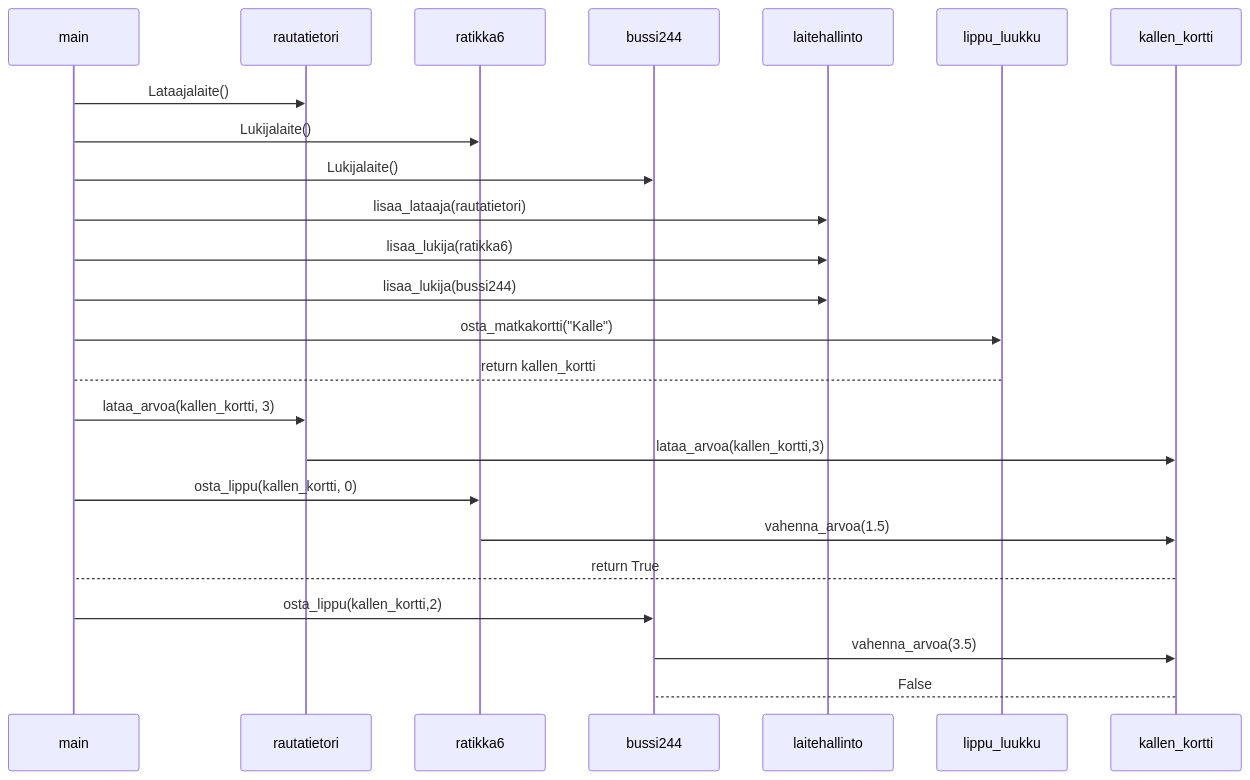
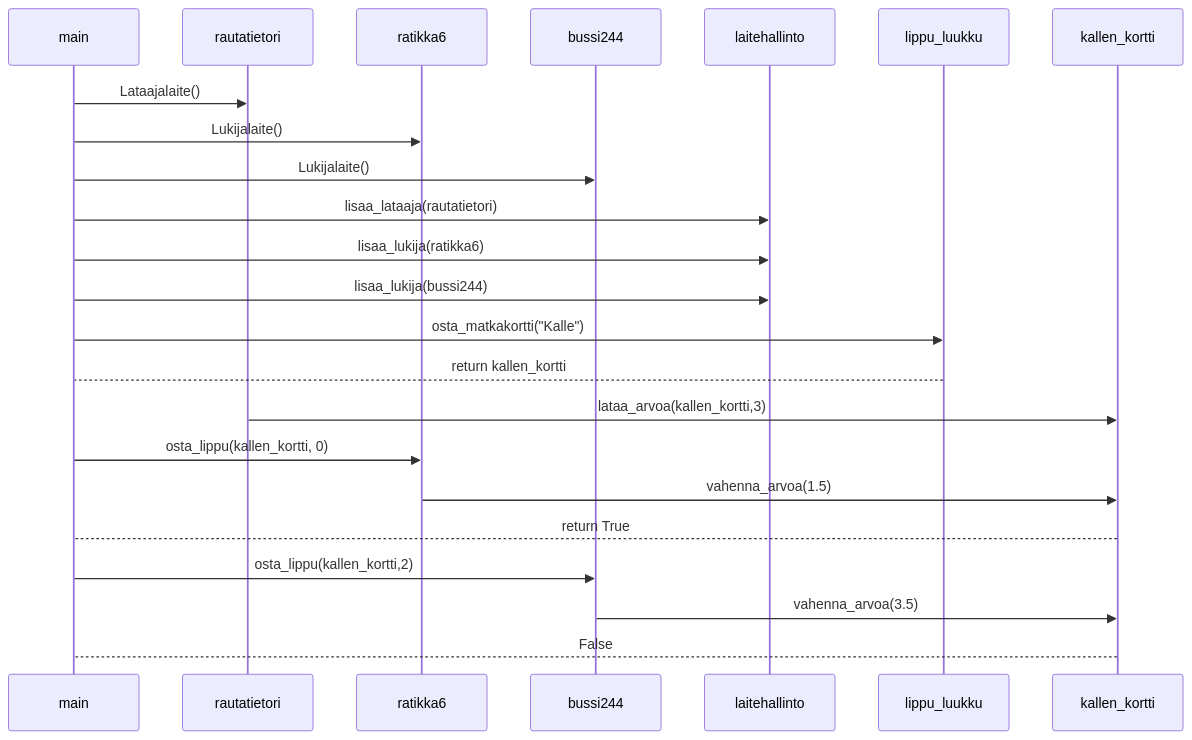
Before and after one commit to ah-pasila/ot-running-calendar: the diagram in laskarit/viikko3/hsl.md, drawn with Mermaid.

Commit message:
Luonnos5 sekvenssikaaviosta

````diff
--- a/laskarit/viikko3/hsl.md
+++ b/laskarit/viikko3/hsl.md
@@ -3,19 +3,18 @@
 ```mermaid
 sequenceDiagram
     main->>rautatietori: Lataajalaite()
     main->>ratikka6: Lukijalaite()
     main->>bussi244: Lukijalaite()
     main->>laitehallinto: lisaa_lataaja(rautatietori)
     main->>laitehallinto: lisaa_lukija(ratikka6)
     main->>laitehallinto: lisaa_lukija(bussi244)
     main->>lippu_luukku: osta_matkakortti("Kalle")
-    lippu_luukku-->main: return kallen_kortti
-    main->>rautatietori: lataa_arvoa(kallen_kortti, 3)
+    lippu_luukku-->main: return kallen_kortti 
     rautatietori->>kallen_kortti: lataa_arvoa(kallen_kortti,3)
     main->>ratikka6: osta_lippu(kallen_kortti, 0)
     ratikka6->>kallen_kortti: vahenna_arvoa(1.5)
     kallen_kortti-->main: return True
     main->>bussi244: osta_lippu(kallen_kortti,2)
     bussi244->>kallen_kortti: vahenna_arvoa(3.5)
-    kallen_kortti-->bussi244: False
+    kallen_kortti-->main: False
 ```
````
